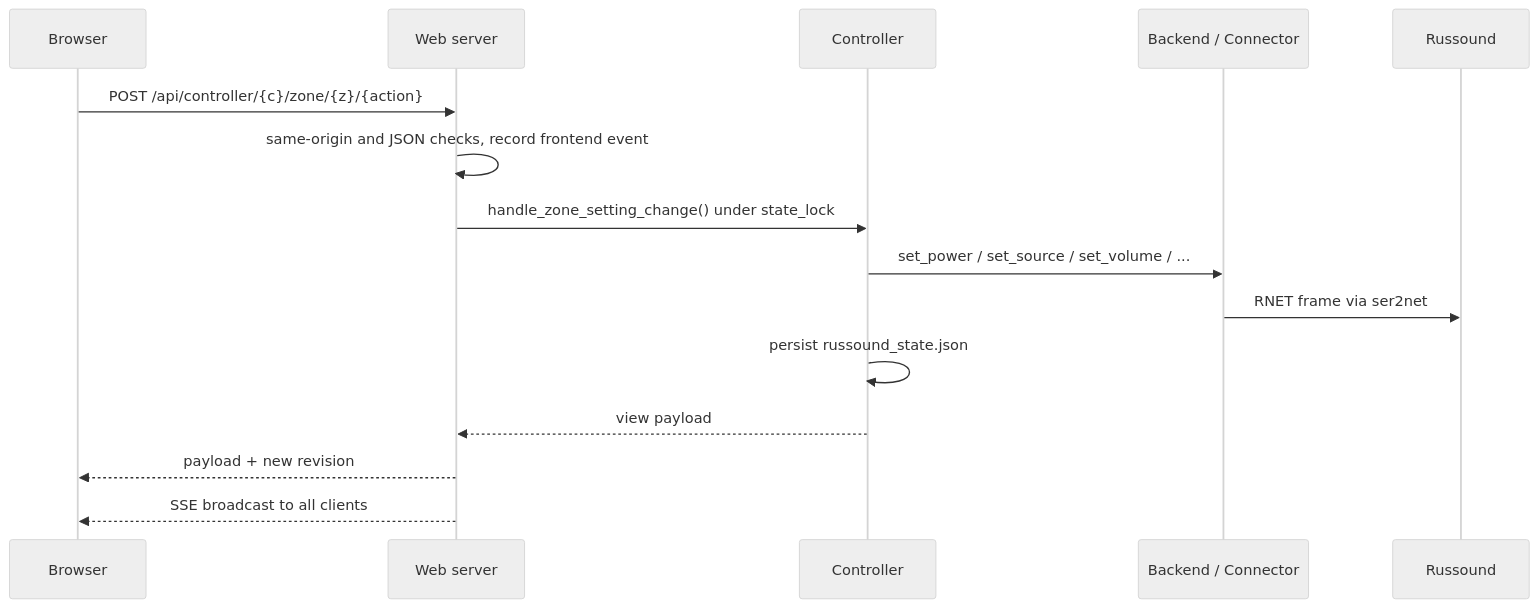
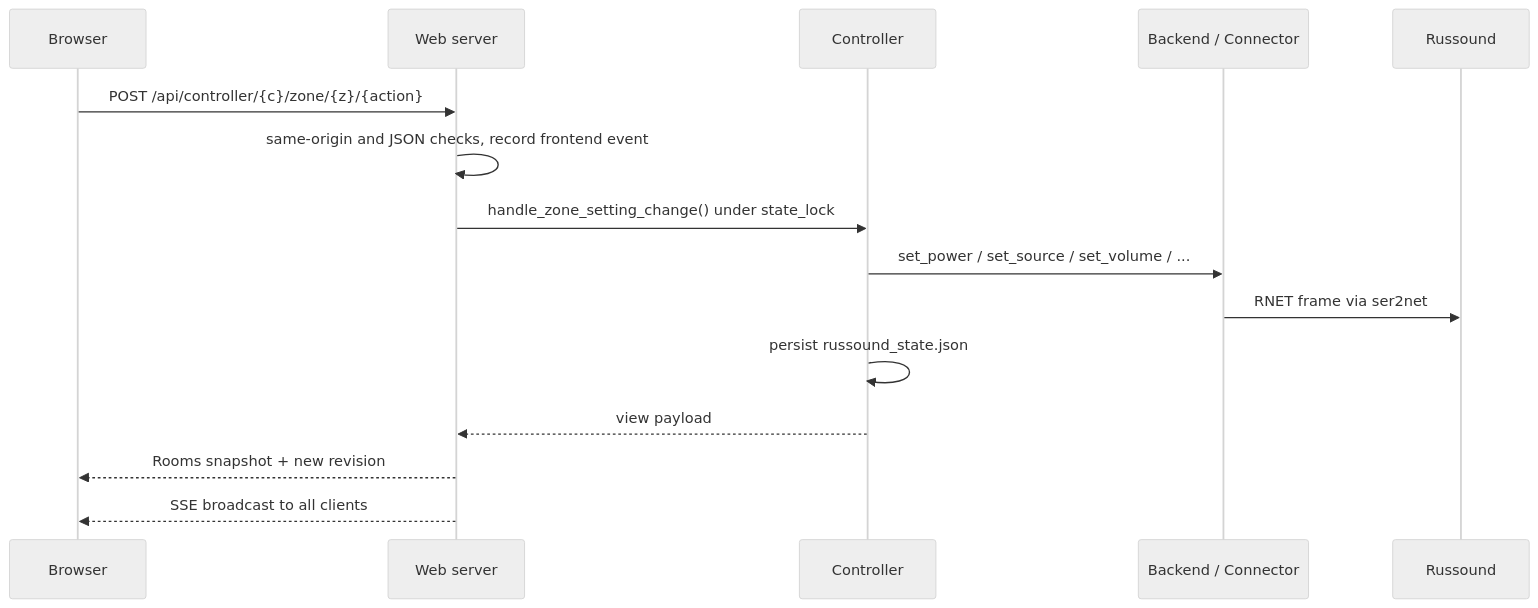
One commit to itcorner/MPDRussoundPi changed the fourth of 6 diagrams in docs/documentation/software-architecture.md. Above: the diagram before and after it, drawn with Mermaid (neutral theme). The commit also changed other lines of this file and 16 other files, not shown here.

````diff
--- a/docs/documentation/software-architecture.md
+++ b/docs/documentation/software-architecture.md
@@ -163,17 +167,17 @@
 ```mermaid
 sequenceDiagram
     participant B as Browser
     participant S as Web server
     participant C as Controller
     participant R as Backend / Connector
     participant H as Russound
     B->>S: POST /api/controller/{c}/zone/{z}/{action}
     S->>S: same-origin and JSON checks, record frontend event
     S->>C: handle_zone_setting_change() under state_lock
     C->>R: set_power / set_source / set_volume / ...
     R->>H: RNET frame via ser2net
     C->>C: persist russound_state.json
     C-->>S: view payload
-    S-->>B: payload + new revision
+    S-->>B: Rooms snapshot + new revision
     S-->>B: SSE broadcast to all clients
 ```
````
